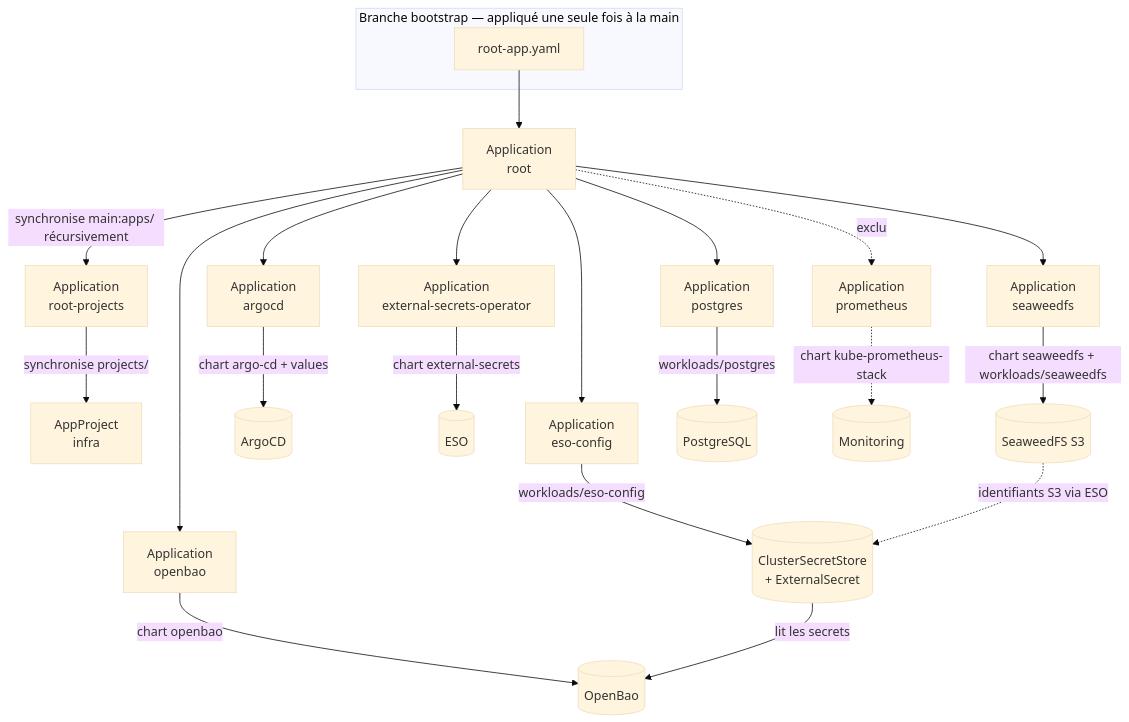
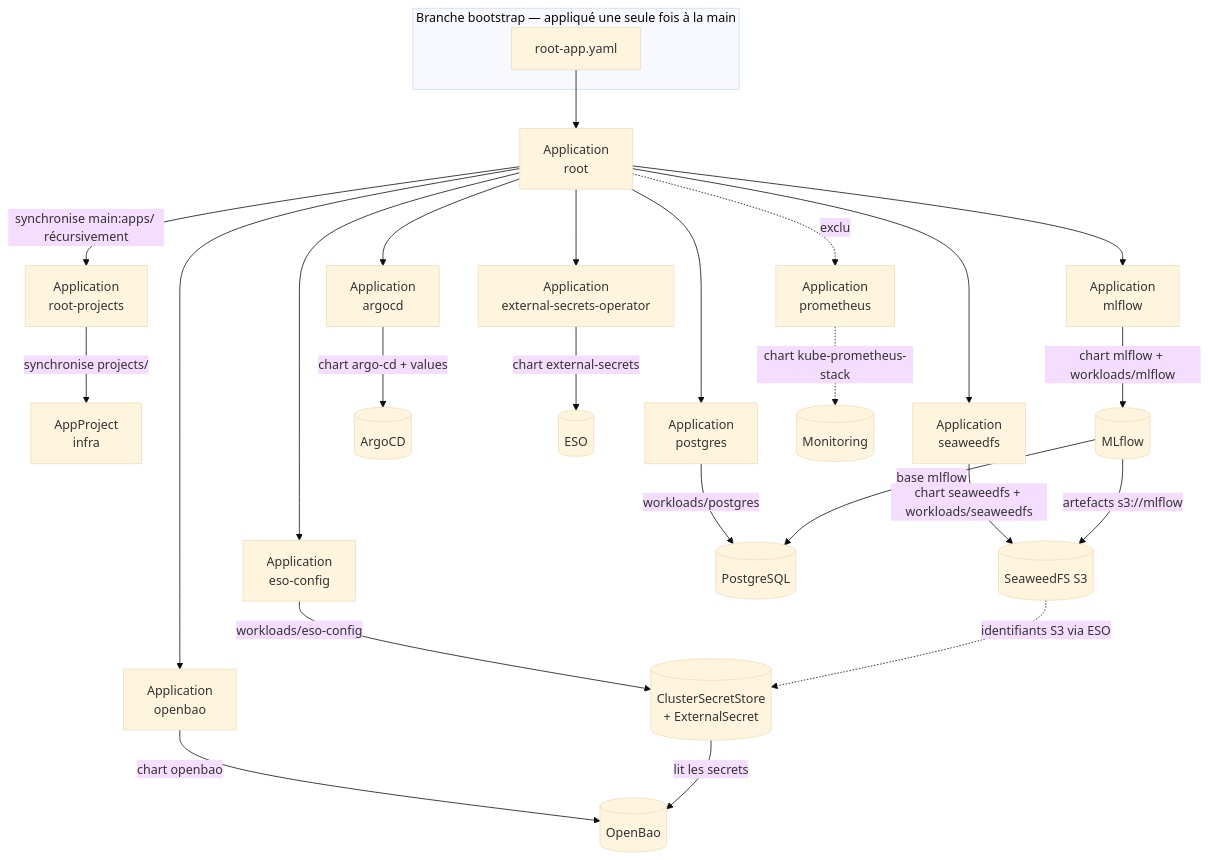
The diagram in README.md (jeanbaptiste-billaud/ArgoCD_Udemy), drawn with Mermaid (base theme) before and after one commit. The commit also changed other lines of this file and 5 other files, not shown here.

````diff
--- a/README.md
+++ b/README.md
@@ -45,30 +46,34 @@
 ```mermaid
 flowchart TD
     subgraph manuel["Branche bootstrap — appliqué une seule fois à la main"]
         RA[root-app.yaml]
     end
 
     RA --> ROOT[Application<br/>root]
 
     ROOT -->|synchronise main:apps/ récursivement| RP[Application<br/>root-projects]
     RP -->|synchronise projects/| PRJ[AppProject<br/>infra]
 
     ROOT --> ARGO[Application<br/>argocd]
     ROOT --> ESO[Application<br/>external-secrets-operator]
     ROOT --> ESOC[Application<br/>eso-config]
     ROOT --> BAO[Application<br/>openbao]
     ROOT --> SWFS[Application<br/>seaweedfs]
     ROOT --> PG[Application<br/>postgres]
+    ROOT --> MLF[Application<br/>mlflow]
     ROOT -. exclu .-> PROM[Application<br/>prometheus]
 
     ARGO -->|chart argo-cd + values| ARGOCD[(ArgoCD)]
     ESO -->|chart external-secrets| ESOD[(ESO)]
     ESOC -->|workloads/eso-config| CSS[(ClusterSecretStore<br/>+ ExternalSecret)]
     BAO -->|chart openbao| BAOD[(OpenBao)]
     SWFS -->|chart seaweedfs + workloads/seaweedfs| SWFSD[(SeaweedFS S3)]
     PG -->|workloads/postgres| PGD[(PostgreSQL)]
+    MLF -->|chart mlflow + workloads/mlflow| MLFD[(MLflow)]
+    MLFD -->|base mlflow| PGD
+    MLFD -->|artefacts s3://mlflow| SWFSD
     PROM -.->|chart kube-prometheus-stack| PROMD[(Monitoring)]
 
     CSS -->|lit les secrets| BAOD
     SWFSD -.->|identifiants S3 via ESO| CSS
 ```
````
